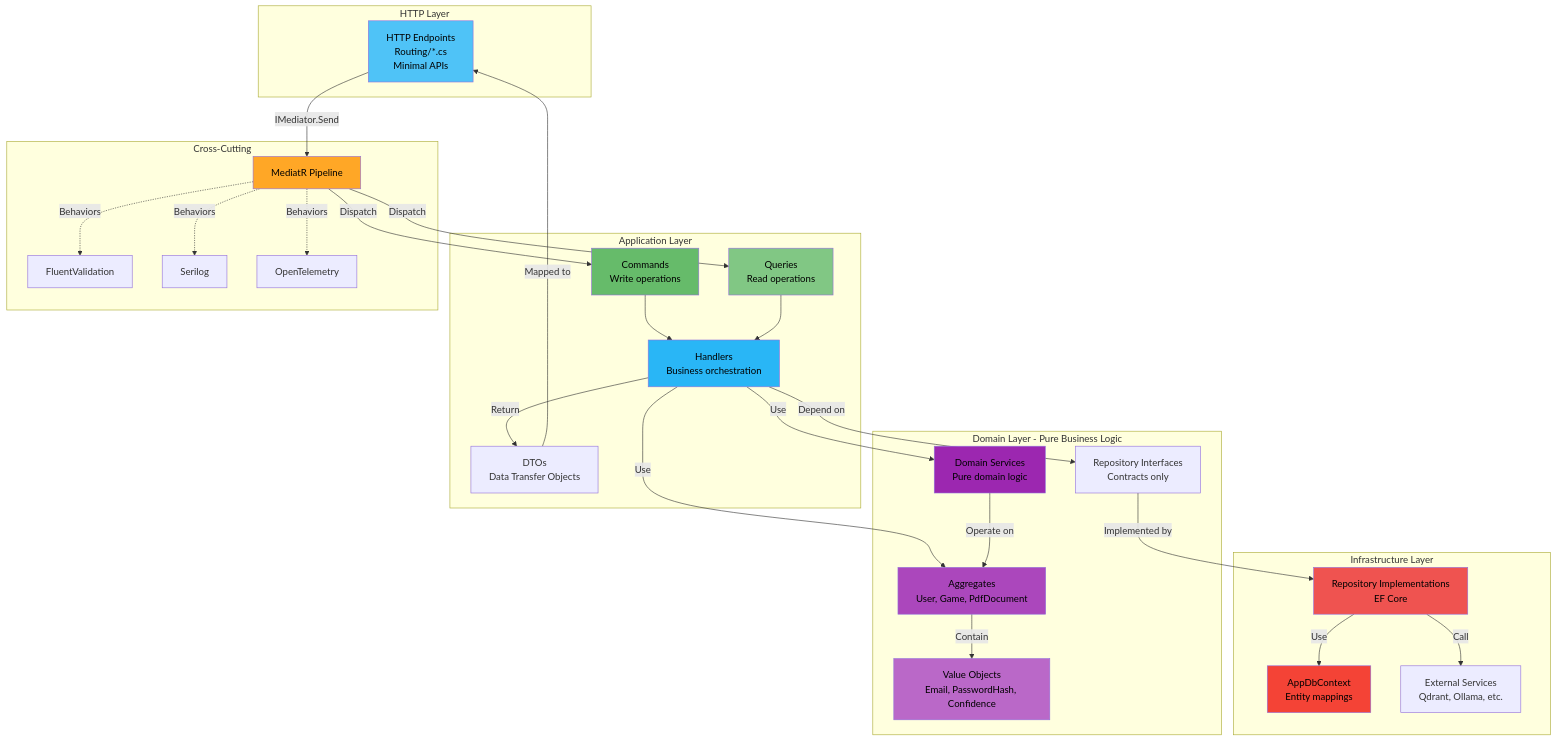
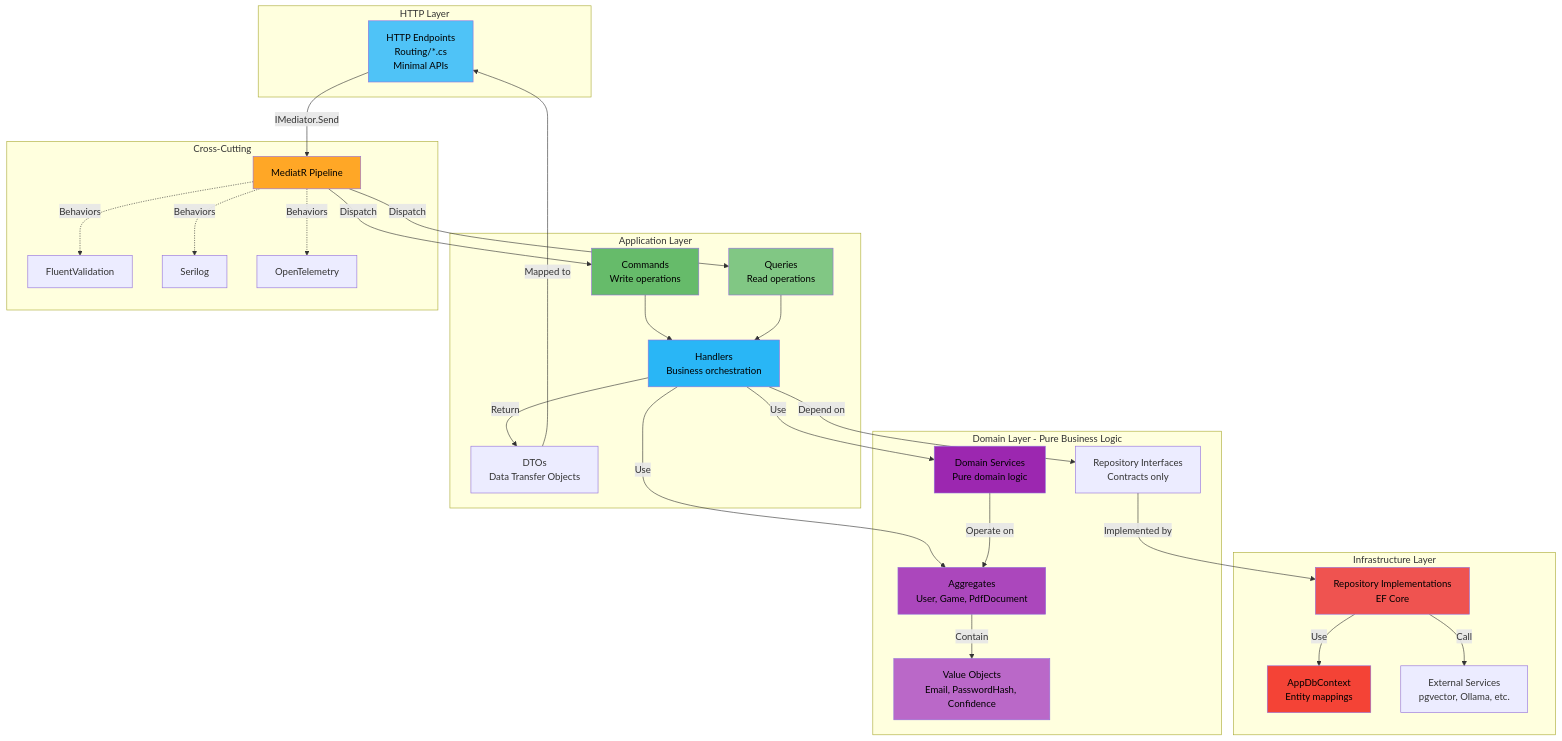
One commit to meepleAi-app/meepleai-monorepo changed the third of 8 diagrams in docs/for-claude/architecture/diagrams/cqrs-mediatr-flow.md. Above: the diagram before and after it, drawn with Mermaid. The commit also changed other lines of this file and 13 other files, not shown here.

````diff
--- a/docs/for-claude/architecture/diagrams/cqrs-mediatr-flow.md
+++ b/docs/for-claude/architecture/diagrams/cqrs-mediatr-flow.md
@@ -141,69 +141,69 @@
 ```mermaid
 graph TB
     subgraph "HTTP Layer"
         Endpoints[HTTP Endpoints<br/>Routing/*.cs<br/>Minimal APIs]
     end
 
     subgraph "Application Layer"
         Commands[Commands<br/>Write operations]
         Queries[Queries<br/>Read operations]
         Handlers[Handlers<br/>Business orchestration]
         DTOs[DTOs<br/>Data Transfer Objects]
     end
 
     subgraph "Domain Layer - Pure Business Logic"
         Aggregates[Aggregates<br/>User, Game, PdfDocument]
         ValueObjects[Value Objects<br/>Email, PasswordHash, Confidence]
         DomainServices[Domain Services<br/>Pure domain logic]
         Repositories[Repository Interfaces<br/>Contracts only]
     end
 
     subgraph "Infrastructure Layer"
         RepoImpl[Repository Implementations<br/>EF Core]
         DbContext[AppDbContext<br/>Entity mappings]
-        ExternalServices[External Services<br/>Qdrant, Ollama, etc.]
+        ExternalServices[External Services<br/>pgvector, Ollama, etc.]
     end
 
     subgraph "Cross-Cutting"
         Mediator[MediatR Pipeline]
         Validation[FluentValidation]
         Logging[Serilog]
         Telemetry[OpenTelemetry]
     end
 
     Endpoints -->|IMediator.Send| Mediator
     Mediator -->|Dispatch| Commands
     Mediator -->|Dispatch| Queries
 
     Commands --> Handlers
     Queries --> Handlers
 
     Handlers -->|Use| Aggregates
     Handlers -->|Use| DomainServices
     Handlers -->|Depend on| Repositories
 
     Aggregates -->|Contain| ValueObjects
     DomainServices -->|Operate on| Aggregates
 
     Repositories -->|Implemented by| RepoImpl
     RepoImpl -->|Use| DbContext
     RepoImpl -->|Call| ExternalServices
 
     Mediator -.->|Behaviors| Validation
     Mediator -.->|Behaviors| Logging
     Mediator -.->|Behaviors| Telemetry
 
     Handlers -->|Return| DTOs
     DTOs -->|Mapped to| Endpoints
 
     style Endpoints fill:#4fc3f7,color:#000
     style Commands fill:#66bb6a,color:#000
     style Queries fill:#81c784,color:#000
     style Handlers fill:#29b6f6,color:#000
     style Aggregates fill:#ab47bc,color:#000
     style ValueObjects fill:#ba68c8,color:#000
     style DomainServices fill:#9c27b0,color:#000
     style RepoImpl fill:#ef5350,color:#000
     style DbContext fill:#f44336,color:#000
     style Mediator fill:#ffa726,color:#000
 ```
````
